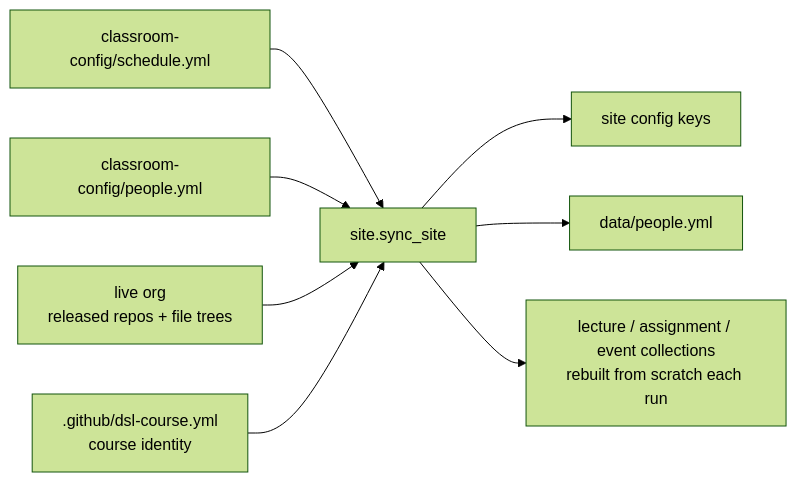
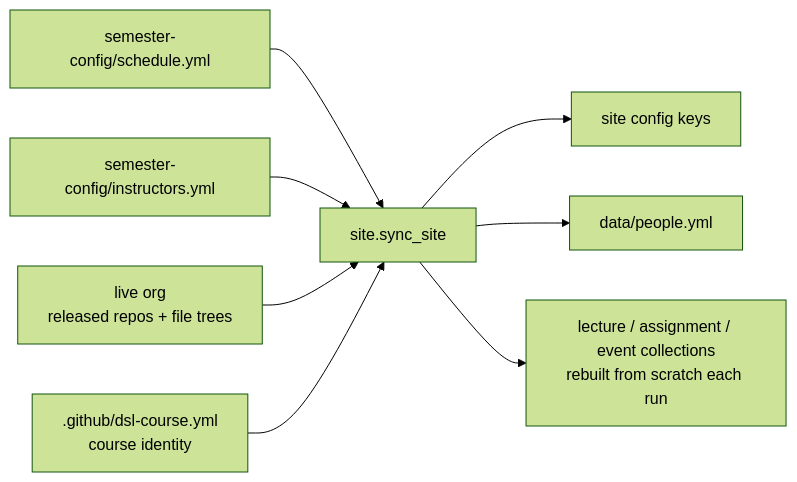
The tenth of 10 diagrams in docs-admin-arch/architecture.md (hertie-data-science-lab/dsl-teaching-toolkit), drawn with Mermaid (forest theme) before and after one commit. The commit also changed other lines of this file and 290 other files, not shown here.

````diff
--- a/docs-admin-arch/architecture.md
+++ b/docs-admin-arch/architecture.md
@@ -629,13 +631,13 @@
 ```mermaid
 flowchart LR
-  sch["classroom-config/schedule.yml"] --> sync["site.sync_site"]
-  ppl["classroom-config/people.yml"] --> sync
+  sch["semester-config/schedule.yml"] --> sync["site.sync_site"]
+  ppl["semester-config/instructors.yml"] --> sync
   live["`live org
 released repos + file trees`"] --> sync
   meta["`.github/dsl-course.yml
 course identity`"] --> sync
   sync --> cfg["site config keys"]
   sync --> dat["data/people.yml"]
   sync --> col["`lecture / assignment / event collections
 rebuilt from scratch each run`"]
 ```
````
